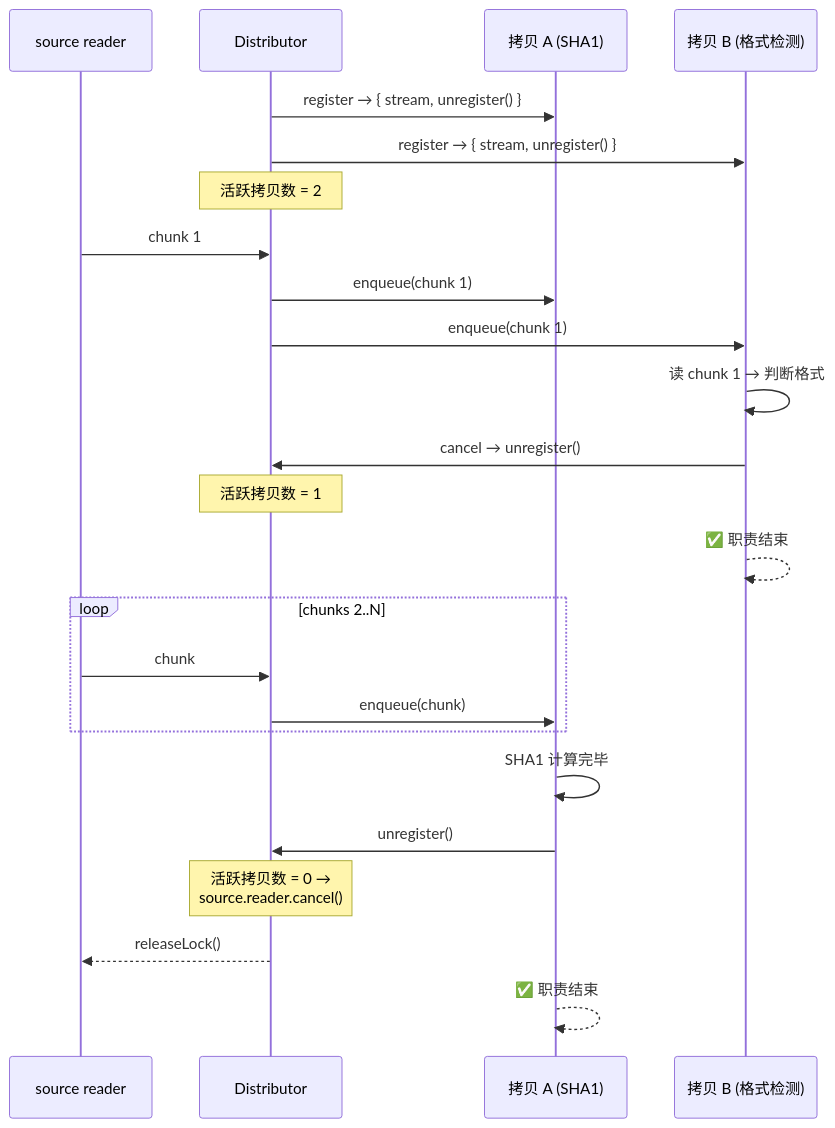
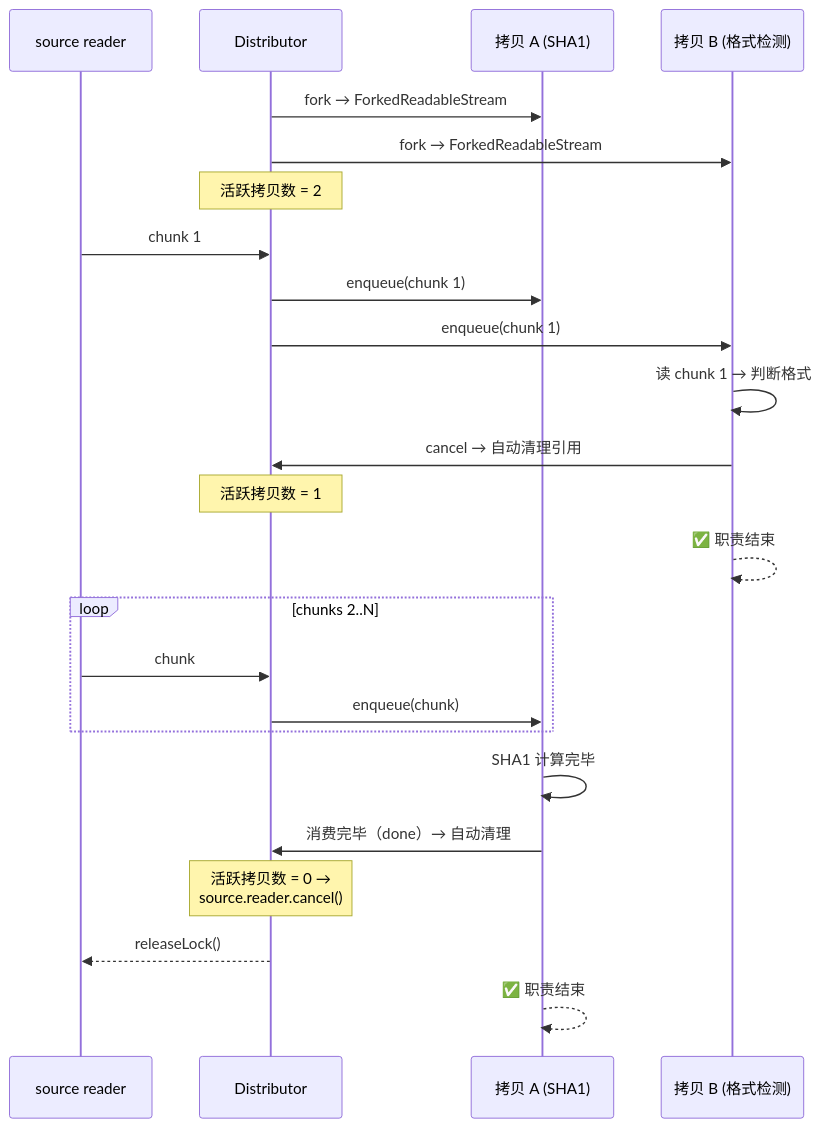
The fifth of 5 diagrams in DESIGN.md (produck/node-readable-stream-distributor), drawn with Mermaid before and after one commit. The commit also changed other lines of this file and 2 other files, not shown here.

````diff
--- a/DESIGN.md
+++ b/DESIGN.md
@@ -303,33 +296,33 @@
 ```mermaid
 sequenceDiagram
     participant SRC as source reader
     participant DIST as Distributor
     participant A as 拷贝 A (SHA1)
     participant B as 拷贝 B (格式检测)
 
-    DIST->>A: register → { stream, unregister() }
-    DIST->>B: register → { stream, unregister() }
+    DIST->>A: fork → ForkedReadableStream
+    DIST->>B: fork → ForkedReadableStream
     Note over DIST: 活跃拷贝数 = 2
 
     SRC->>DIST: chunk 1
     DIST->>A: enqueue(chunk 1)
     DIST->>B: enqueue(chunk 1)
 
     B->>B: 读 chunk 1 → 判断格式
-    B->>DIST: cancel → unregister()
+    B->>DIST: cancel → 自动清理引用
     Note over DIST: 活跃拷贝数 = 1
 
     B-->>B: ✅ 职责结束
 
     loop chunks 2..N
         SRC->>DIST: chunk
         DIST->>A: enqueue(chunk)
     end
 
     A->>A: SHA1 计算完毕
-    A->>DIST: unregister()
+    A->>DIST: 消费完毕（done）→ 自动清理
     Note over DIST: 活跃拷贝数 = 0 →<br/>source.reader.cancel()
     DIST-->>SRC: releaseLock()
 
     A-->>A: ✅ 职责结束
 ```
````
